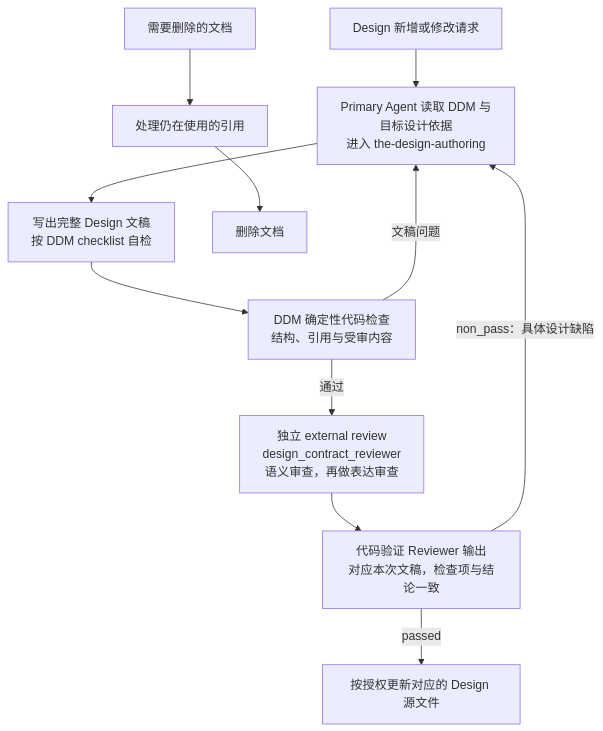
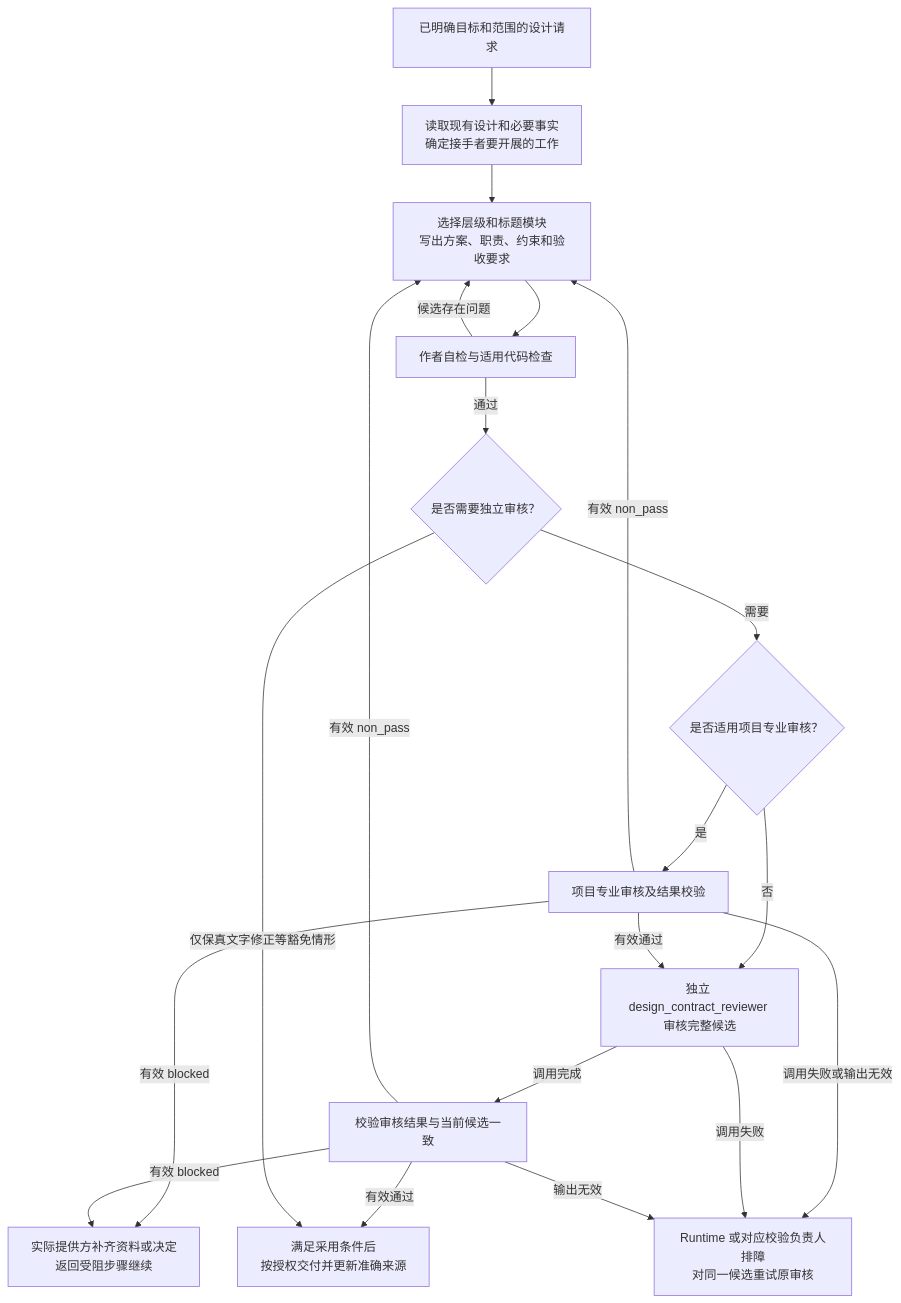
One commit to bobaoai/ai_project_management_framework changed the diagram in designDoc/the_design_doc_management.md. Above: the diagram before and after it, drawn with Mermaid. The commit also changed other lines of this file and 103 other files, not shown here.

````diff
--- a/designDoc/the_design_doc_management.md
+++ b/designDoc/the_design_doc_management.md
@@ -27,13 +21,22 @@
 ```mermaid
 flowchart TD
-    R["Design 新增或修改请求"] --> A["Primary Agent 读取 DDM 与目标设计依据<br/>进入 the-design-authoring"]
-    A --> W["写出完整 Design 文稿<br/>按 DDM checklist 自检"]
-    W --> C["DDM 确定性代码检查<br/>结构、引用与受审内容"]
-    C -->|通过| E["独立 external review<br/>design_contract_reviewer<br/>语义审查，再做表达审查"]
-    E --> V["代码验证 Reviewer 输出<br/>对应本次文稿，检查项与结论一致"]
-    V -->|passed| U["按授权更新对应的 Design 源文件"]
-    V -->|non_pass：具体设计缺陷| A
-    C -->|文稿问题| A
-    D["需要删除的文档"] --> L["处理仍在使用的引用"]
-    L --> X["删除文档"]
+    A["已明确目标和范围的设计请求"] --> B["读取现有设计和必要事实<br/>确定接手者要开展的工作"]
+    B --> C["选择层级和标题模块<br/>写出方案、职责、约束和验收要求"]
+    C --> D["作者自检与适用代码检查"]
+    D -->|通过| E{"是否需要独立审核？"}
+    E -->|需要| P{"是否适用项目专业审核？"}
+    P -->|是| Q["项目专业审核及结果校验"]
+    P -->|否| F["独立 design_contract_reviewer 审核完整候选"]
+    Q -->|有效通过| F
+    Q -->|有效 non_pass| C
+    Q -->|有效 blocked| U["实际提供方补齐资料或决定<br/>返回受阻步骤继续"]
+    Q -->|调用失败或输出无效| X["Runtime 或对应校验负责人排障<br/>对同一候选重试原审核"]
+    F -->|调用完成| G["校验审核结果与当前候选一致"]
+    F -->|调用失败| X
+    G -->|有效通过| H["满足采用条件后<br/>按授权交付并更新准确来源"]
+    G -->|有效 non_pass| C
+    G -->|有效 blocked| U
+    G -->|输出无效| X
+    E -->|仅保真文字修正等豁免情形| H
+    D -->|候选存在问题| C
 ```
````
